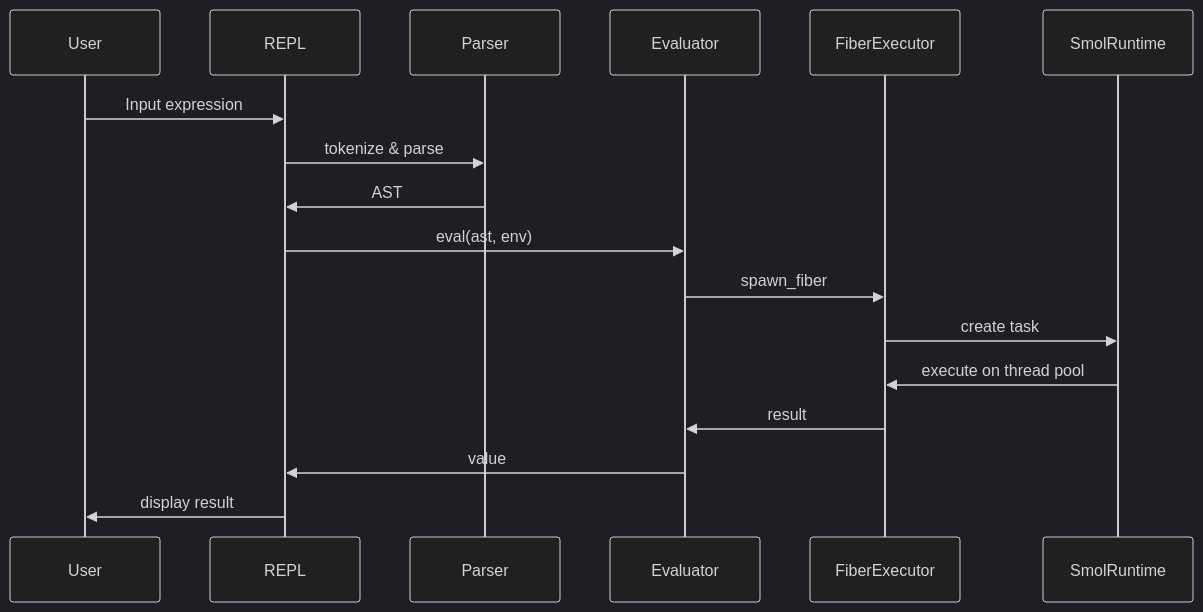
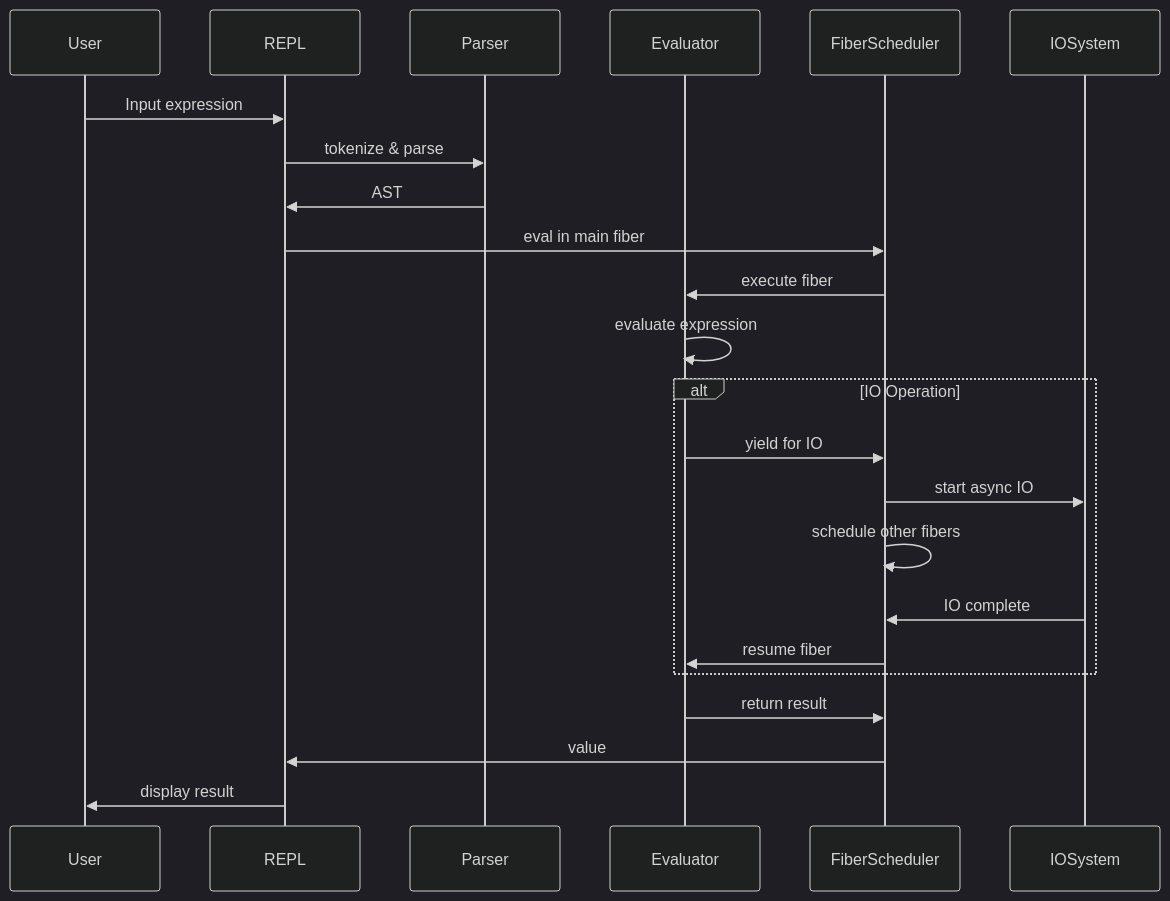
Before and after one commit to MatrixMike/twine: the first of 3 diagrams in design.md, drawn with Mermaid (dark theme). The commit also changed other lines of this file and 1 other file, not shown here.

````diff
--- a/design.md
+++ b/design.md
@@ -509,20 +714,28 @@
 ```mermaid
 sequenceDiagram
     participant User
     participant REPL
     participant Parser
     participant Evaluator
-    participant FiberExecutor
-    participant SmolRuntime
+    participant FiberScheduler
+    participant IOSystem
 
     User->>REPL: Input expression
     REPL->>Parser: tokenize & parse
     Parser->>REPL: AST
-    REPL->>Evaluator: eval(ast, env)
-    Evaluator->>FiberExecutor: spawn_fiber
-    FiberExecutor->>SmolRuntime: create task
-    SmolRuntime->>FiberExecutor: execute on thread pool
-    FiberExecutor->>Evaluator: result
-    Evaluator->>REPL: value
+    REPL->>FiberScheduler: eval in main fiber
+    FiberScheduler->>Evaluator: execute fiber
+    Evaluator->>Evaluator: evaluate expression
+
+    alt IO Operation
+        Evaluator->>FiberScheduler: yield for IO
+        FiberScheduler->>IOSystem: start async IO
+        FiberScheduler->>FiberScheduler: schedule other fibers
+        IOSystem->>FiberScheduler: IO complete
+        FiberScheduler->>Evaluator: resume fiber
+    end
+
+    Evaluator->>FiberScheduler: return result
+    FiberScheduler->>REPL: value
     REPL->>User: display result
 ```
````
